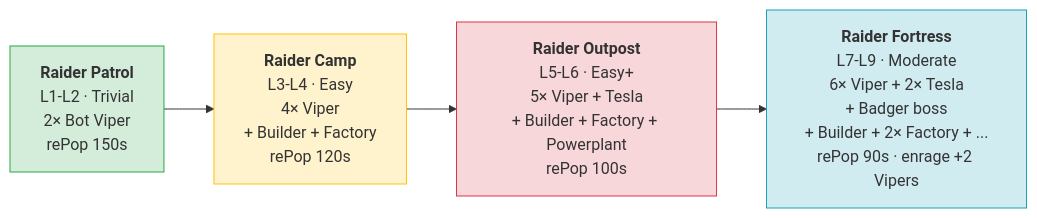
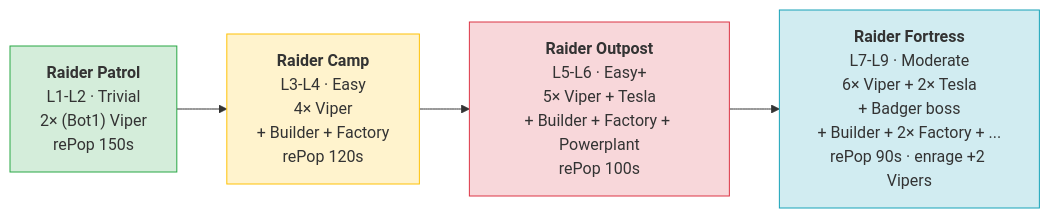
Before and after one commit to Razarion/razarion: the fourth of 6 diagrams in docs/game-design/phase-1-plan.md, drawn with Mermaid. The commit also changed other lines of this file and 14 other files, not shown here.

````diff
--- a/docs/game-design/phase-1-plan.md
+++ b/docs/game-design/phase-1-plan.md
@@ -227,12 +234,12 @@
 ```mermaid
 flowchart LR
-    P["<b>Raider Patrol</b><br/>L1-L2 · Trivial<br/>2× Bot Viper<br/>rePop 150s"]
+    P["<b>Raider Patrol</b><br/>L1-L2 · Trivial<br/>2× (Bot1) Viper<br/>rePop 150s"]
     C["<b>Raider Camp</b><br/>L3-L4 · Easy<br/>4× Viper<br/>+ Builder + Factory<br/>rePop 120s"]
     O["<b>Raider Outpost</b><br/>L5-L6 · Easy+<br/>5× Viper + Tesla<br/>+ Builder + Factory + Powerplant<br/>rePop 100s"]
     F["<b>Raider Fortress</b><br/>L7-L9 · Moderate<br/>6× Viper + 2× Tesla<br/>+ Badger boss<br/>+ Builder + 2× Factory + ...<br/>rePop 90s · enrage +2 Vipers"]
     P --> C --> O --> F
     style P fill:#d4edda,stroke:#28a745
     style C fill:#fff3cd,stroke:#ffc107
     style O fill:#f8d7da,stroke:#dc3545
     style F fill:#d1ecf1,stroke:#17a2b8
 ```
````
